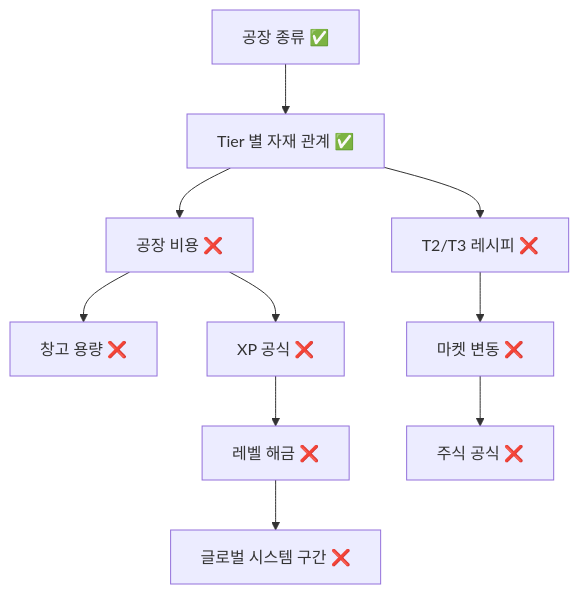
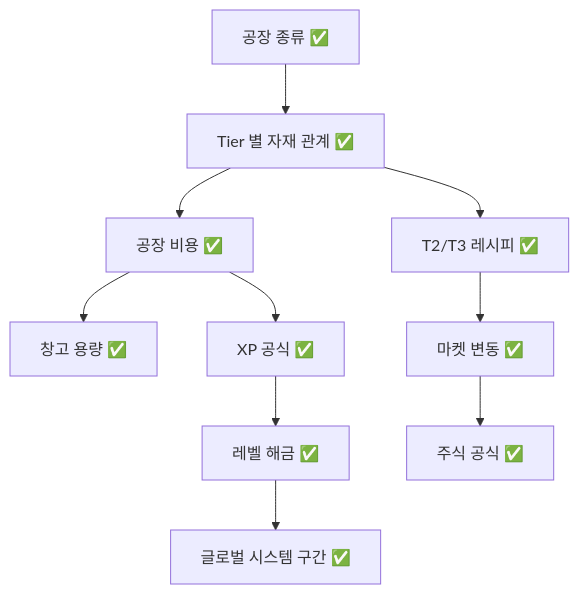
One commit to filename24/Idle-Factory changed the diagram in docs/design/10-open-questions.md. Above: the diagram before and after it, drawn with Mermaid. The commit also changed other lines of this file and 27 other files, not shown here.

````diff
--- a/docs/design/10-open-questions.md
+++ b/docs/design/10-open-questions.md
@@ -77,12 +80,12 @@
 ```mermaid
 flowchart TD
     Core[공장 종류 ✅] --> Tier[Tier 별 자재 관계 ✅]
-    Tier --> Cost[공장 비용 ❌]
-    Tier --> Recipe[T2/T3 레시피 ❌]
-    Cost --> Warehouse[창고 용량 ❌]
-    Cost --> XP[XP 공식 ❌]
-    Recipe --> Market[마켓 변동 ❌]
-    Market --> Stock[주식 공식 ❌]
-    XP --> Level[레벨 해금 ❌]
-    Level --> Global[글로벌 시스템 구간 ❌]
+    Tier --> Cost[공장 비용 ✅]
+    Tier --> Recipe[T2/T3 레시피 ✅]
+    Cost --> Warehouse[창고 용량 ✅]
+    Cost --> XP[XP 공식 ✅]
+    Recipe --> Market[마켓 변동 ✅]
+    Market --> Stock[주식 공식 ✅]
+    XP --> Level[레벨 해금 ✅]
+    Level --> Global[글로벌 시스템 구간 ✅]
 ```
````
